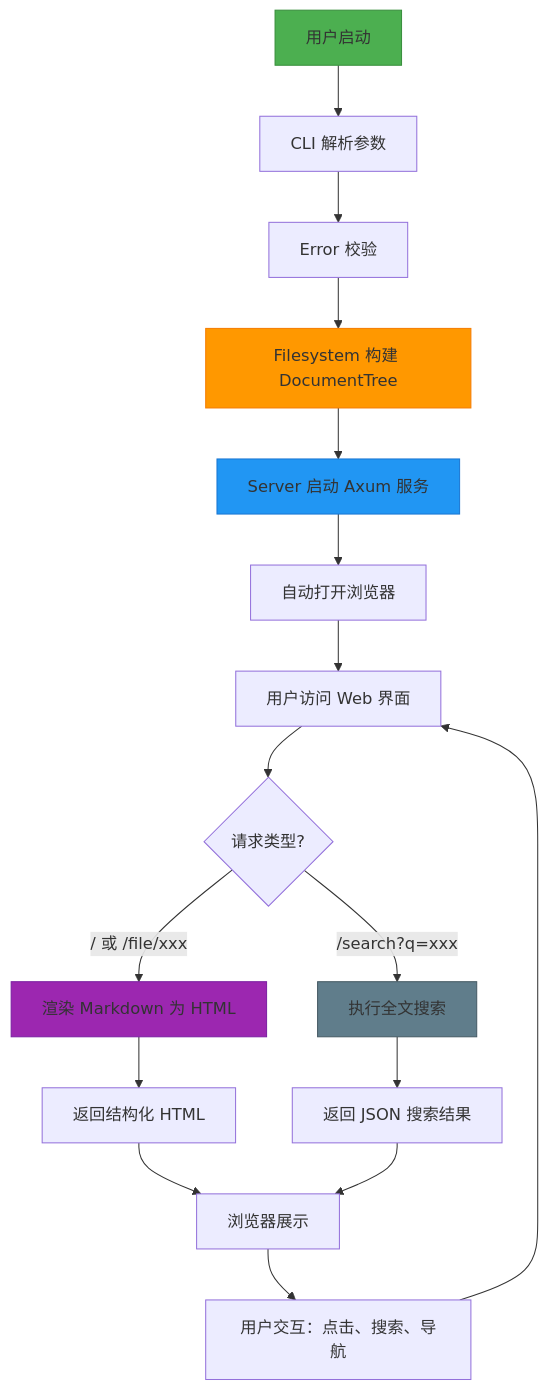
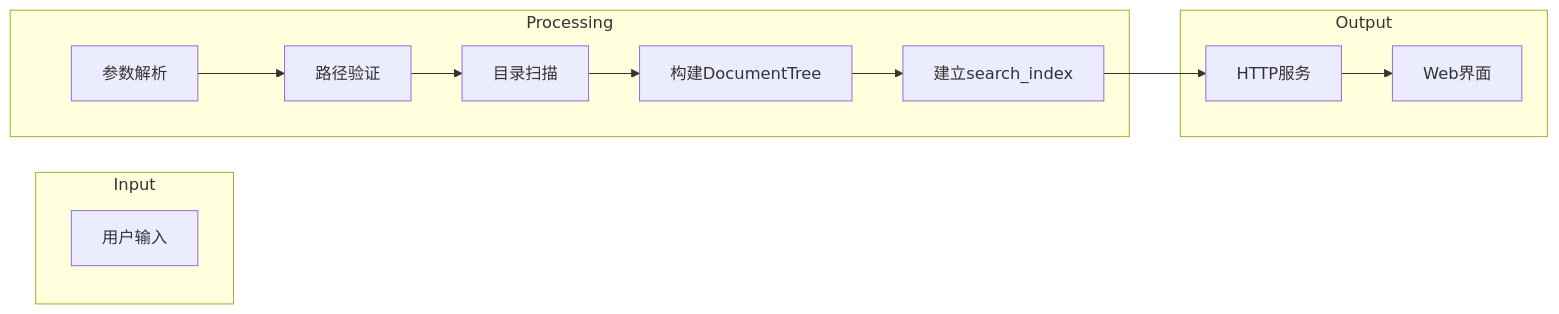
The sixth of 6 diagrams in docs/3、工作流程.md (sopaco/litho-book), drawn with Mermaid before and after one commit. The commit also changed other lines of this file and 16 other files, not shown here.

````diff
--- a/docs/3、工作流程.md
+++ b/docs/3、工作流程.md
@@ -235,24 +334,22 @@
 ```mermaid
-flowchart TD
-    A[用户启动] --> B[CLI 解析参数]
-    B --> C[Error 校验]
-    C --> D[Filesystem 构建 DocumentTree]
-    D --> E[Server 启动 Axum 服务]
-    E --> F[自动打开浏览器]
-    F --> G[用户访问 Web 界面]
-    G --> H{请求类型?}
-    H -->|/ 或 /file/xxx| I[渲染 Markdown 为 HTML]
-    H -->|/search?q=xxx| J[执行全文搜索]
-    I --> K[返回结构化 HTML]
-    J --> L[返回 JSON 搜索结果]
-    K --> M[浏览器展示]
-    L --> M
-    M --> N[用户交互：点击、搜索、导航]
-    N --> G
+flowchart LR
+    subgraph Input
+        A[用户输入]
+    end
 
-    style A fill:#4CAF50,stroke:#388E3C
-    style D fill:#FF9800,stroke:#F57C00
-    style E fill:#2196F3,stroke:#1976D2
-    style I fill:#9C27B0,stroke:#7B1FA2
-    style J fill:#607D8B,stroke:#455A64
+    subgraph Processing
+        B[参数解析] --> C[路径验证]
+        C --> D[目录扫描]
+        D --> E[构建DocumentTree]
+        E --> F[建立search_index]
+    end
+
+    subgraph Output
+        F --> G[HTTP服务]
+        G --> H[Web界面]
+    end
+
+    click B "src/cli.rs"
+    click D "src/filesystem.rs"
+    click G "src/server.rs"
 ```
````
